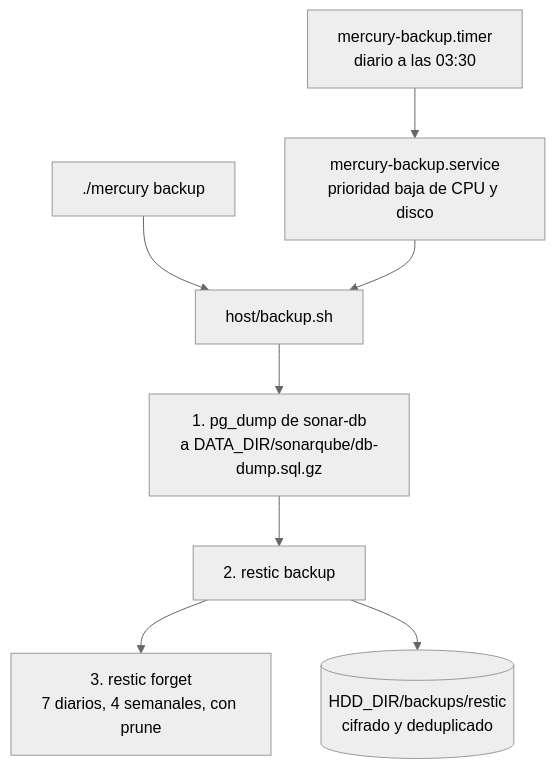
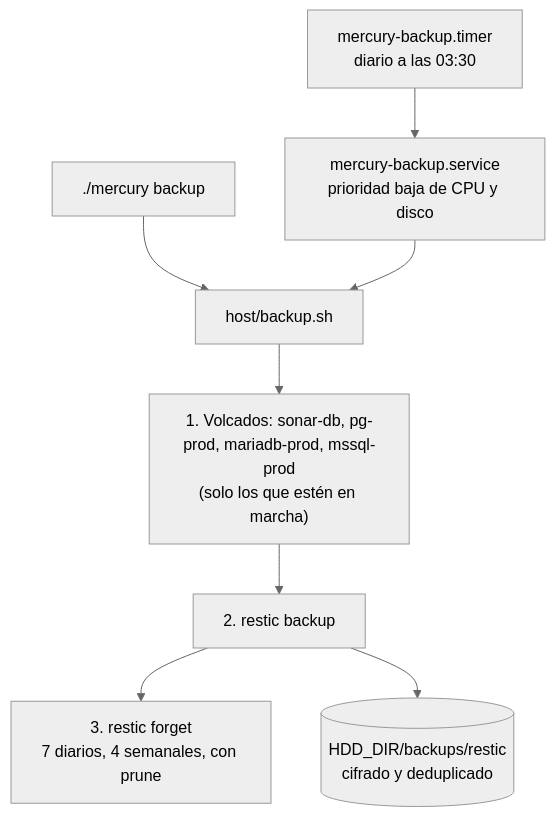
Before and after one commit to TorresMBA/mercury-devops-lab: the second of 2 diagrams in docs/arquitectura/11-observabilidad-y-backups.md, drawn with Mermaid (neutral theme). The commit also changed other lines of this file and 25 other files, not shown here.

````diff
--- a/docs/arquitectura/11-observabilidad-y-backups.md
+++ b/docs/arquitectura/11-observabilidad-y-backups.md
@@ -129,10 +129,10 @@
 ```mermaid
 flowchart TB
   timer["mercury-backup.timer<br/>diario a las 03:30"] --> svc["mercury-backup.service<br/>prioridad baja de CPU y disco"]
   manual["./mercury backup"] --> script
   svc --> script["host/backup.sh"]
-  script --> dump["1. pg_dump de sonar-db<br/>a DATA_DIR/sonarqube/db-dump.sql.gz"]
+  script --> dump["1. Volcados: sonar-db, pg-prod, mariadb-prod, mssql-prod<br/>(solo los que estén en marcha)"]
   dump --> backup["2. restic backup"]
   backup --> forget["3. restic forget<br/>7 diarios, 4 semanales, con prune"]
   backup --> repo[("HDD_DIR/backups/restic<br/>cifrado y deduplicado")]
 ```
````
